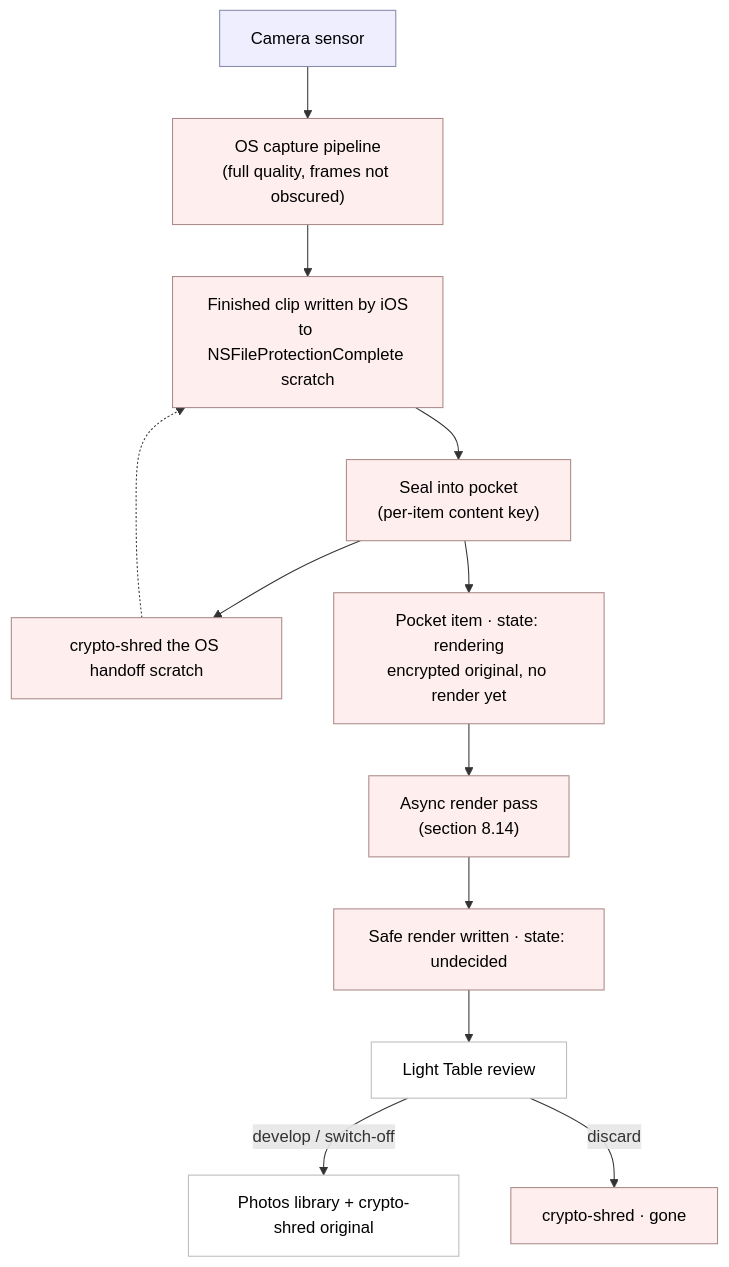
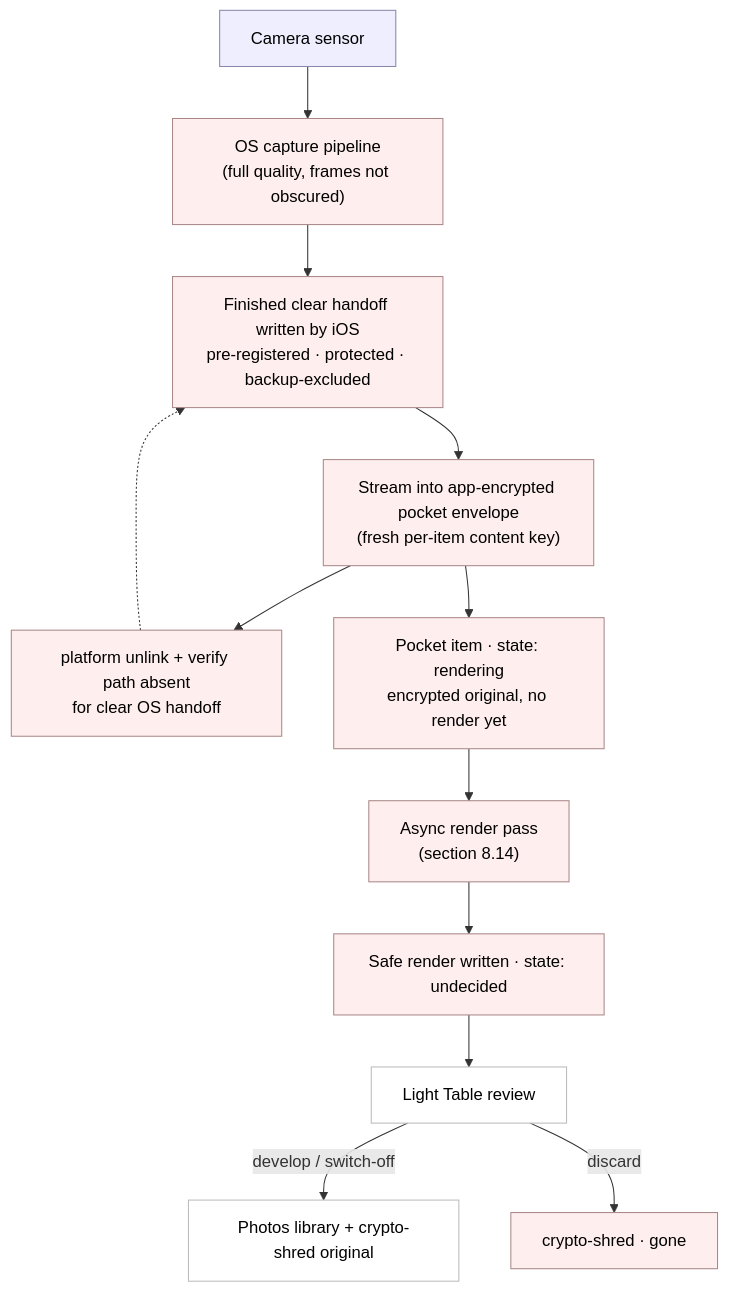
The eighth of 10 diagrams in PROTOCOL.md (carlheinmostert/myclick-protocol), drawn with Mermaid before and after one commit. The commit also changed other lines of this file, not shown here.

First line of the commit message:
protocol(§11): stills-only Stream v1 + STOP-only withdrawal

````diff
--- a/PROTOCOL.md
+++ b/PROTOCOL.md
@@ -1029,21 +1156,21 @@
 ```mermaid
 flowchart TB
     S["Camera sensor"] --> OS["OS capture pipeline<br/>(full quality, frames not obscured)"]
-    OS --> H["Finished clip written by iOS<br/>to NSFileProtectionComplete scratch"]
-    H --> SEAL["Seal into pocket<br/>(per-item content key)"]
-    SEAL --> SH["crypto-shred the OS handoff scratch"]
+    OS --> H["Finished clear handoff written by iOS<br/>pre-registered · protected · backup-excluded"]
+    H --> SEAL["Stream into app-encrypted pocket envelope<br/>(fresh per-item content key)"]
+    SEAL --> SH["platform unlink + verify path absent<br/>for clear OS handoff"]
     SH -.-> H
     SEAL --> POC["Pocket item · state: rendering<br/>encrypted original, no render yet"]
     POC --> DEV["Async render pass<br/>(section 8.14)"]
     DEV --> REN["Safe render written · state: undecided"]
     REN --> LT["Light Table review"]
     LT -->|develop / switch-off| PUB["Photos library + crypto-shred original"]
     LT -->|discard| DISC["crypto-shred · gone"]
 
     classDef mem fill:#eef,stroke:#88a,color:#000;
     classDef disk fill:#fee,stroke:#a88,color:#000;
     classDef plain fill:#fff,stroke:#bbb,color:#000;
     class S mem;
     class OS,H,SEAL,SH,POC,DEV,REN,DISC disk;
     class LT,PUB plain;
 ```
````
